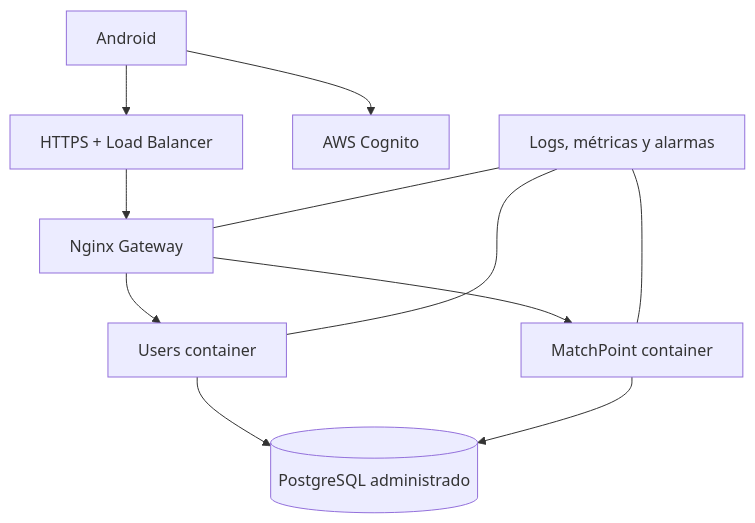
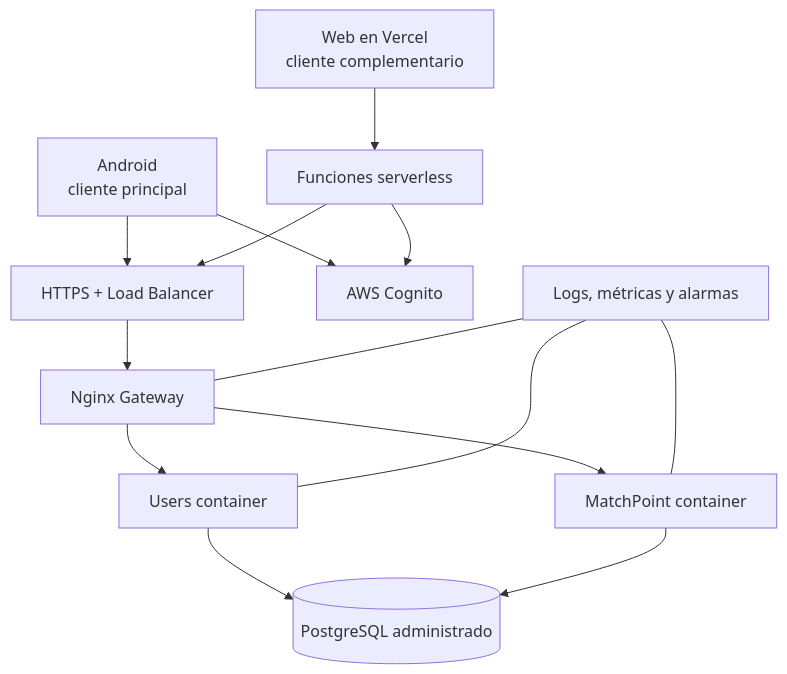
One commit to Nandox3s/pi_matchpoint_socasi_herrera changed the diagram in docs/CLOUD.md. Above: the diagram before and after it, drawn with Mermaid. The commit also changed other lines of this file and 4 other files, not shown here.

````diff
--- a/docs/CLOUD.md
+++ b/docs/CLOUD.md
@@ -3,13 +3,16 @@
 ```mermaid
 flowchart TB
-  A[Android] --> TLS[HTTPS + Load Balancer]
+  A[Android<br/>cliente principal] --> TLS[HTTPS + Load Balancer]
+  W[Web en Vercel<br/>cliente complementario] --> FN[Funciones serverless]
+  FN --> TLS
   TLS --> GW[Nginx Gateway]
   GW --> US[Users container]
   GW --> MS[MatchPoint container]
   US --> PG[(PostgreSQL administrado)]
   MS --> PG
   A --> CO[AWS Cognito]
+  FN --> CO
   OBS[Logs, métricas y alarmas] --- GW
   OBS --- US
   OBS --- MS
 ```
````
